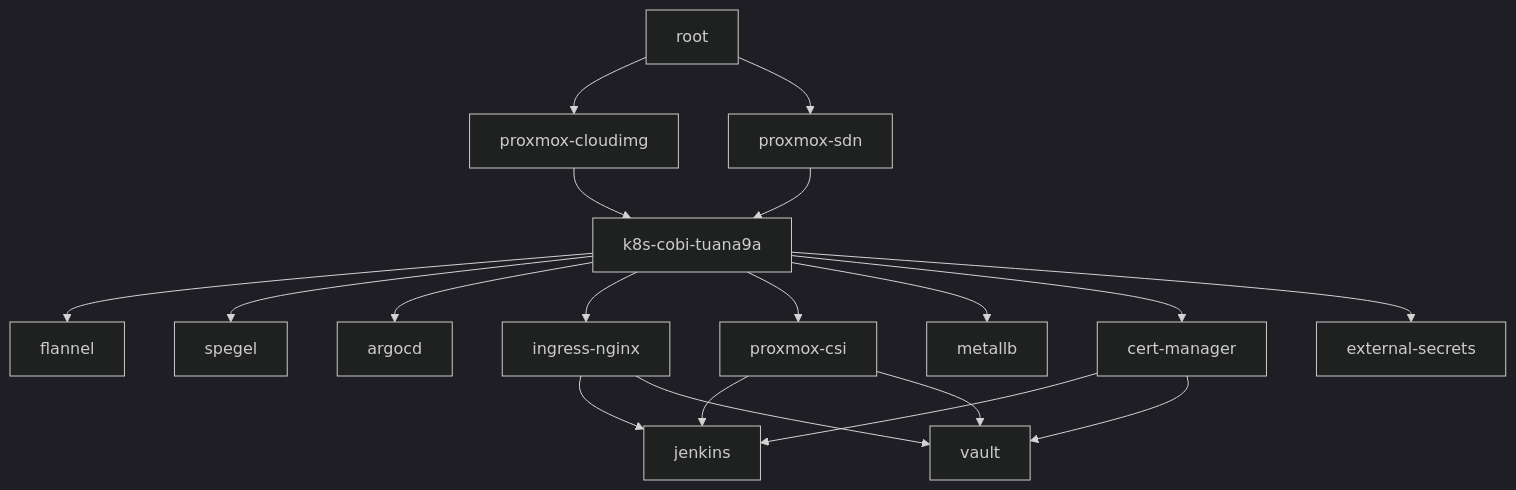
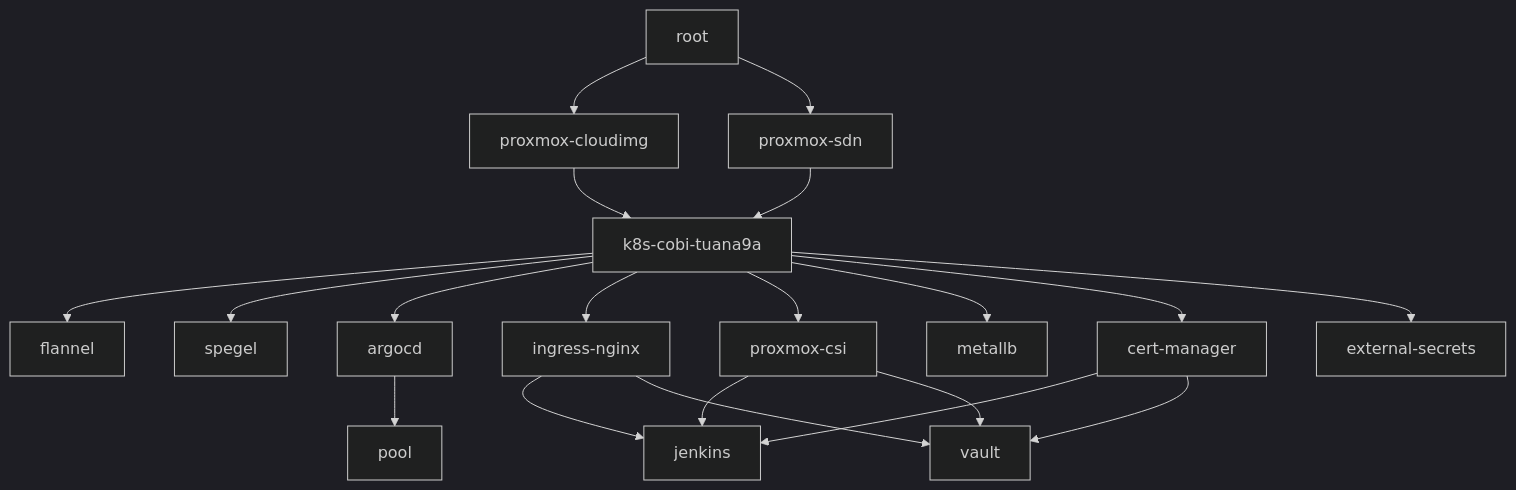
Before and after one commit to tuana9a/platform: the first of 2 diagrams in README.md, drawn with Mermaid (dark theme).

Commit message:
add pool

````diff
--- a/README.md
+++ b/README.md
@@ -35,24 +35,26 @@
 ```mermaid
 graph TB
     root --> 020-proxmox-cloudimg[proxmox-cloudimg]
     root --> 040-proxmox-sdn-neo[proxmox-sdn]
 
     020-proxmox-cloudimg --> 068[k8s-cobi-tuana9a]
     040-proxmox-sdn-neo --> 068
 
     068 --> 080-flannel[flannel]
     068 --> 085-spegel[spegel]
     068 --> 090-argocd[argocd]
     068 --> 200-ingress-nginx[ingress-nginx]
     068 --> 165-proxmox-csi[proxmox-csi]
     068 --> 190-metallb[metallb]
     068 --> 200-cert-manager[cert-manager]
     068 --> 197-external-secrets[external-secrets]
 
     165-proxmox-csi --> 092-jenkins[jenkins]
     200-ingress-nginx --> 092-jenkins
     200-cert-manager --> 092-jenkins
     200-ingress-nginx --> 195-vault[vault]
     200-cert-manager --> 195-vault
     165-proxmox-csi --> 195-vault
+
+    090-argocd --> 555-pool[pool]
 ```
````
